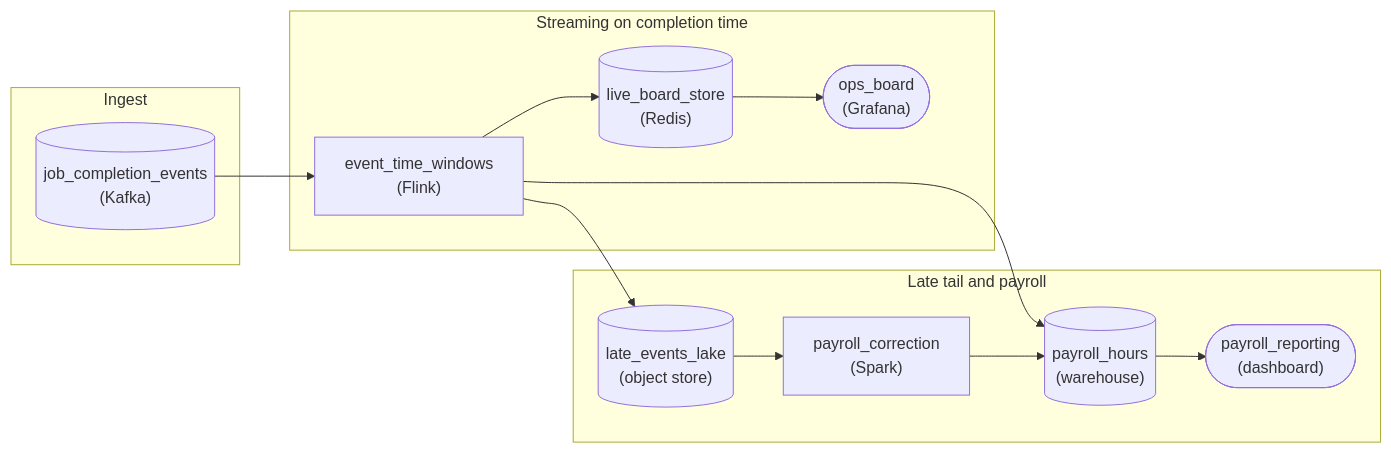
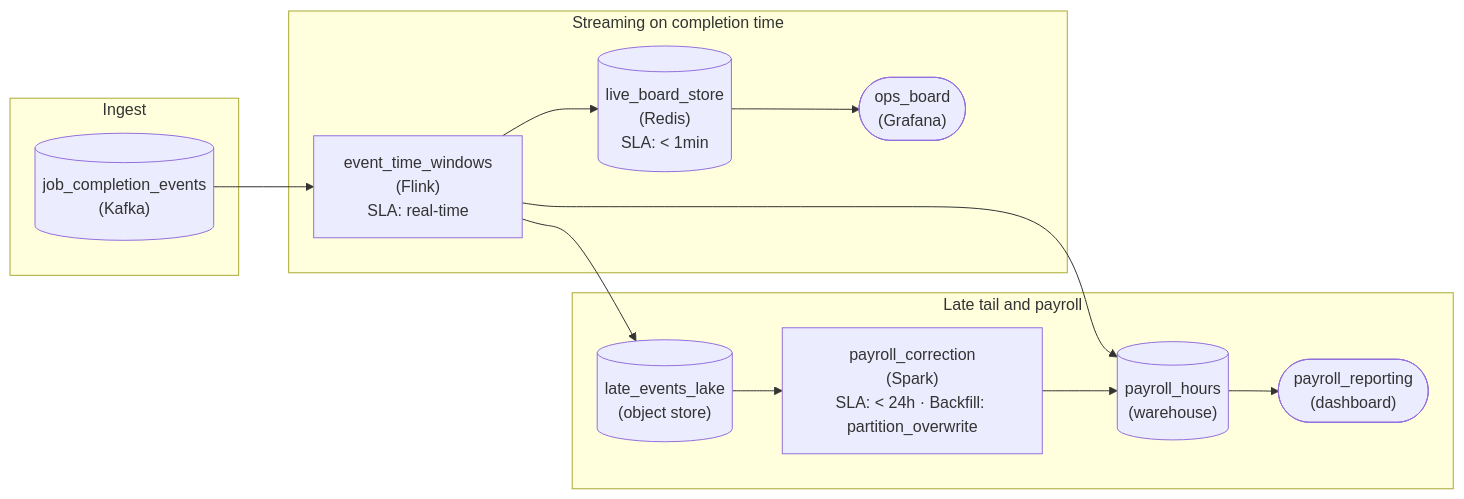
The second of 2 diagrams in lesson_preview/interview/architecture/pa_pattern_late_data_watermarks.md (Dulain-Willis/study-helper), drawn with Mermaid before and after one commit. The commit also changed other lines of this file and 26 other files, not shown here.

First line of the commit message:
Mermaid diagrams: show tags and extra values inside each node (#43)

````diff
--- a/lesson_preview/interview/architecture/pa_pattern_late_data_watermarks.md
+++ b/lesson_preview/interview/architecture/pa_pattern_late_data_watermarks.md
@@ -506,25 +506,25 @@
 ```mermaid
 flowchart LR
     subgraph L0["Ingest"]
         n0[("job_completion_events<br/>(Kafka)")]
     end
     subgraph L1["Streaming on completion time"]
-        n1["event_time_windows<br/>(Flink)"]
-        n2[("live_board_store<br/>(Redis)")]
+        n1["event_time_windows<br/>(Flink)<br/>SLA: real-time"]
+        n2[("live_board_store<br/>(Redis)<br/>SLA: #60; 1min")]
         n3(["ops_board<br/>(Grafana)"])
     end
     subgraph L2["Late tail and payroll"]
         n4[("late_events_lake<br/>(object store)")]
-        n5["payroll_correction<br/>(Spark)"]
+        n5["payroll_correction<br/>(Spark)<br/>SLA: #60; 24h · Backfill: partition_overwrite"]
         n6[("payroll_hours<br/>(warehouse)")]
         n7(["payroll_reporting<br/>(dashboard)"])
     end
     n0 --> n1
     n1 --> n2
     n2 --> n3
     n1 --> n4
     n1 --> n6
     n4 --> n5
     n5 --> n6
     n6 --> n7
 ```
````
